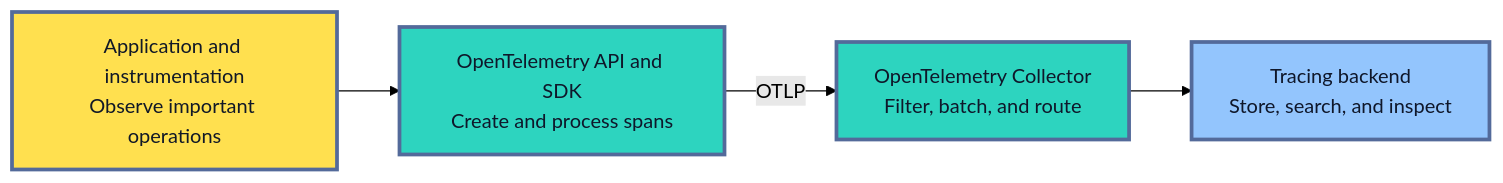
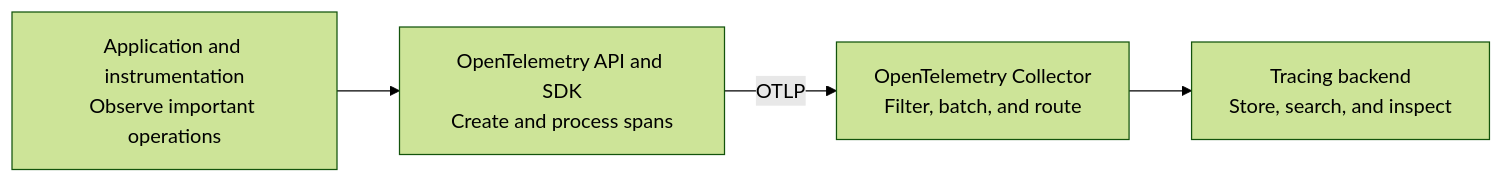
Before and after one commit to senlinyy/dev-roadmaps: the fourth of 11 diagrams in roadmaps/mlops/modules/monitoring-and-feedback/system-observability/03-tracing-ml-services.md, drawn with Mermaid (forest theme). The commit also changed other lines of this file and 152 other files, not shown here.

Commit message:
feat: mlops and diagrams updated

````diff
--- a/roadmaps/mlops/modules/monitoring-and-feedback/system-observability/03-tracing-ml-services.md
+++ b/roadmaps/mlops/modules/monitoring-and-feedback/system-observability/03-tracing-ml-services.md
@@ -188,13 +180,10 @@
 ```mermaid
 flowchart LR
     A["Application and instrumentation<br/>Observe important operations"] --> B["OpenTelemetry API and SDK<br/>Create and process spans"]
     B -->|"OTLP"| C["OpenTelemetry Collector<br/>Filter, batch, and route"]
     C --> D["Tracing backend<br/>Store, search, and inspect"]
 
-    classDef work fill:#FFE04F,stroke:#536A9A,stroke-width:3px,color:#111827
-    classDef otel fill:#2DD4BF,stroke:#536A9A,stroke-width:3px,color:#0F172A
-    classDef platform fill:#93C5FD,stroke:#536A9A,stroke-width:3px,color:#0F172A
     class A work
     class B,C otel
     class D platform
 ```
````
